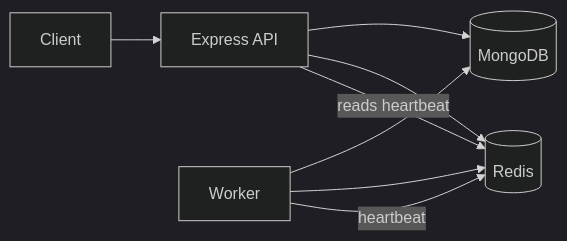
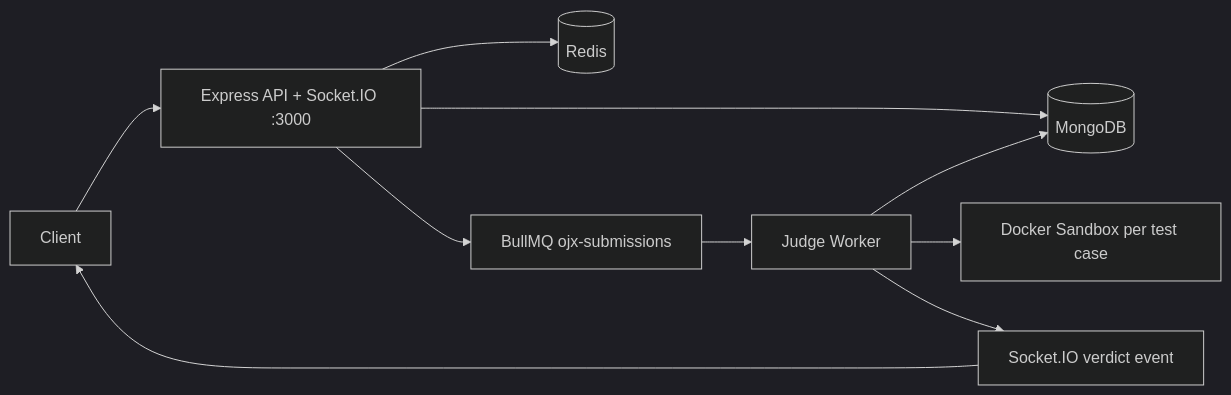
Before and after one commit to johnny1786/Online_Judge: the diagram in README.md, drawn with Mermaid (dark theme). The commit also changed other lines of this file and 53 other files, not shown here.

Commit message:
feat: complete distributed online judge engine, worker sandbox, socket.io, tests, and React frontend

````diff
--- a/README.md
+++ b/README.md
@@ -18,10 +21,12 @@
 ```mermaid
 flowchart LR
-  Client --> API[Express API]
+  Client --> API[Express API + Socket.IO :3000]
   API --> Mongo[(MongoDB)]
   API --> Redis[(Redis)]
+  API --> Queue[BullMQ ojx-submissions]
+  Queue --> Worker[Judge Worker]
+  Worker --> Sandbox[Docker Sandbox per test case]
   Worker --> Mongo
-  Worker --> Redis
-  Worker -- heartbeat --> Redis
-  API -- reads heartbeat --> Redis
+  Worker --> Socket[Socket.IO verdict event]
+  Socket --> Client
 ```
````
